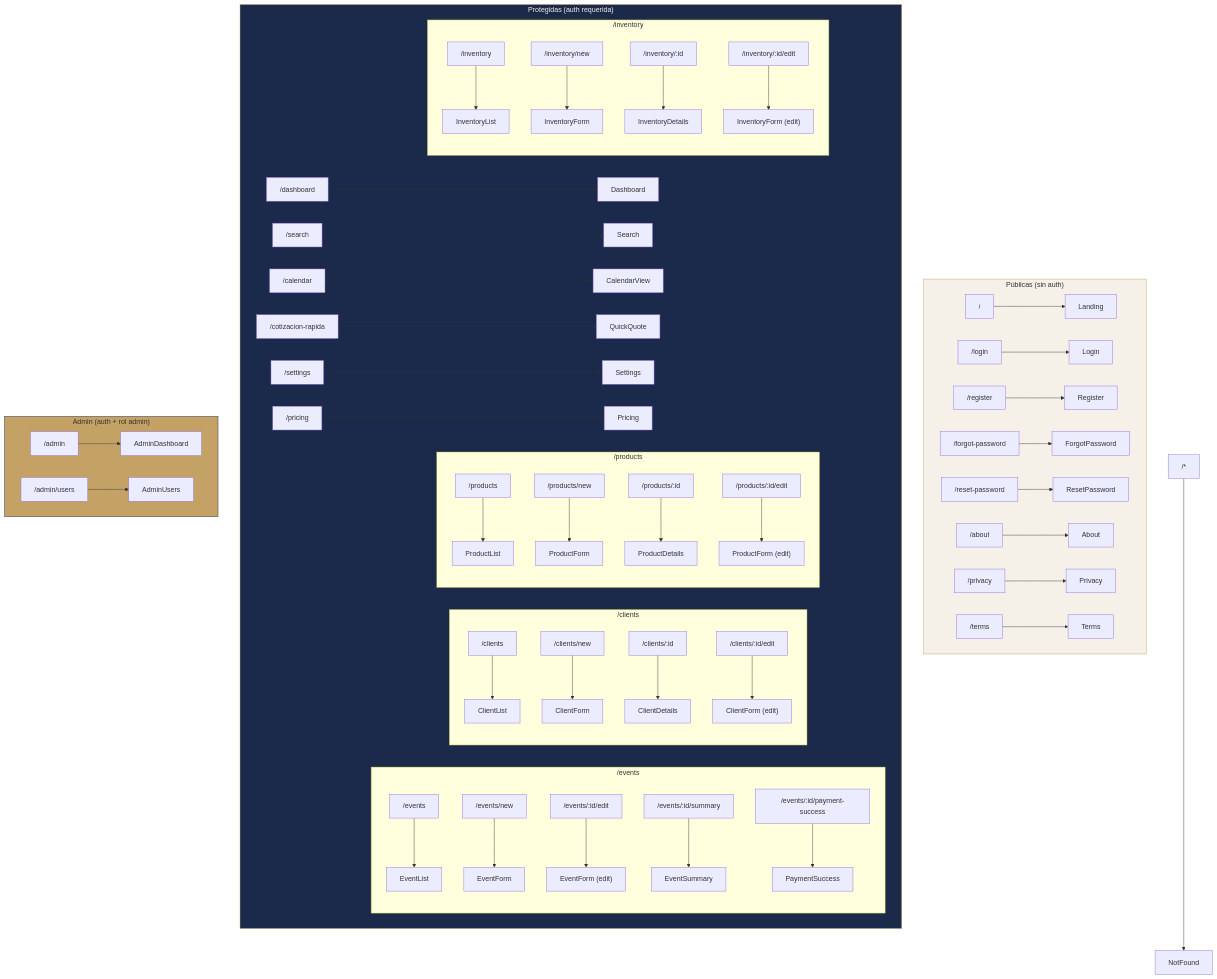
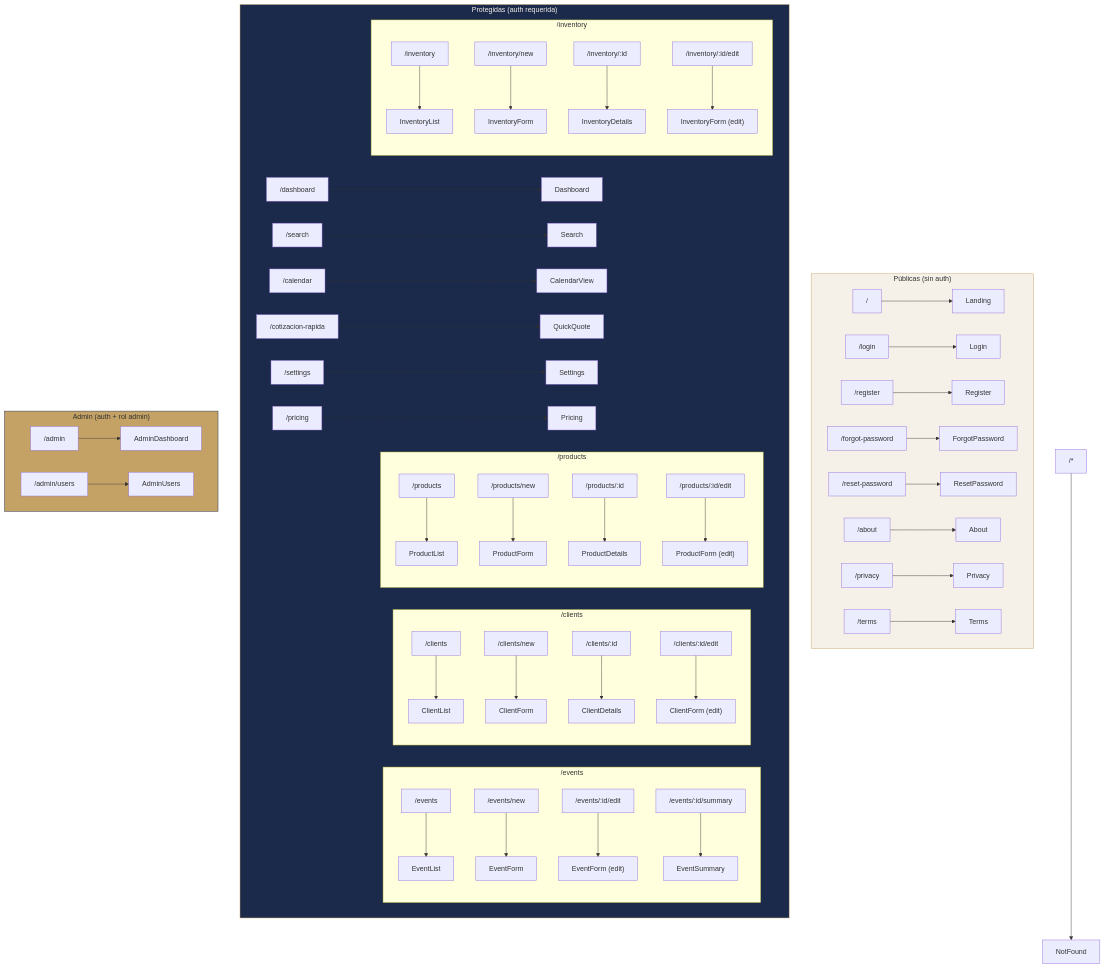
One commit to tiagofur/solennix changed the diagram in docs/Web/Routing y Guards.md. Above: the diagram before and after it, drawn with Mermaid. The commit also changed 28 other files, not shown here.

````diff
--- a/docs/Web/Routing y Guards.md
+++ b/docs/Web/Routing y Guards.md
@@ -12,62 +12,61 @@
 ```mermaid
 graph TD
     subgraph Public["Públicas (sin auth)"]
         L["/"] --> Landing
         LI["/login"] --> Login
         RE["/register"] --> Register
         FP["/forgot-password"] --> ForgotPassword
         RP["/reset-password"] --> ResetPassword
         AB["/about"] --> About
         PR["/privacy"] --> Privacy
         TE["/terms"] --> Terms
     end
 
     subgraph Protected["Protegidas (auth requerida)"]
         D["/dashboard"] --> Dashboard
         SE["/search"] --> Search
         CA["/calendar"] --> CalendarView
         QQ["/cotizacion-rapida"] --> QuickQuote
         ST["/settings"] --> Settings
         PC["/pricing"] --> Pricing
 
         subgraph Events["/events"]
             EL["/events"] --> EventList
             EN["/events/new"] --> EventForm
             EE["/events/:id/edit"] --> EventFormEdit["EventForm (edit)"]
             ES["/events/:id/summary"] --> EventSummary
-            EP["/events/:id/payment-success"] --> PaymentSuccess
         end
 
         subgraph Clients["/clients"]
             CL["/clients"] --> ClientList
             CN["/clients/new"] --> ClientForm
             CD["/clients/:id"] --> ClientDetails
             CE["/clients/:id/edit"] --> ClientFormEdit["ClientForm (edit)"]
         end
 
         subgraph Products["/products"]
             PL["/products"] --> ProductList
             PN["/products/new"] --> ProductForm
             PD["/products/:id"] --> ProductDetails
             PE["/products/:id/edit"] --> ProductFormEdit["ProductForm (edit)"]
         end
 
         subgraph Inventory["/inventory"]
             IL["/inventory"] --> InventoryList
             IN["/inventory/new"] --> InventoryForm
             ID["/inventory/:id"] --> InventoryDetails
             IE["/inventory/:id/edit"] --> InventoryFormEdit["InventoryForm (edit)"]
         end
     end
 
     subgraph Admin["Admin (auth + rol admin)"]
         AD["/admin"] --> AdminDashboard
         AU["/admin/users"] --> AdminUsers
     end
 
     NF["/*"] --> NotFound
 
     style Public fill:#F5F0E8,stroke:#C4A265
     style Protected fill:#1B2A4A,stroke:#C4A265,color:#F5F0E8
     style Admin fill:#C4A265,stroke:#1B2A4A
 ```
````
